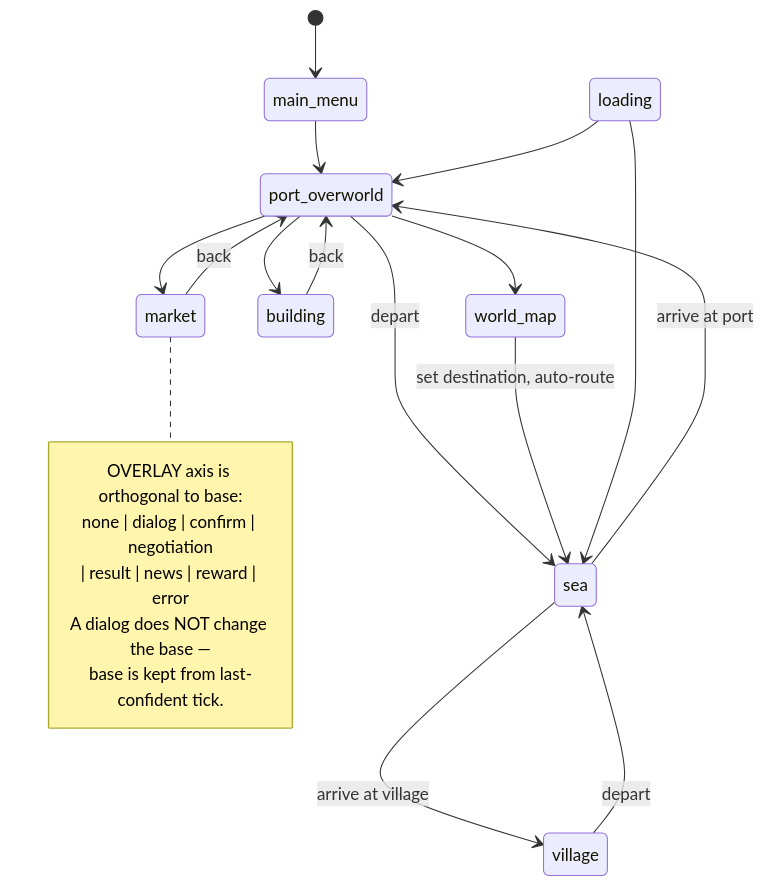
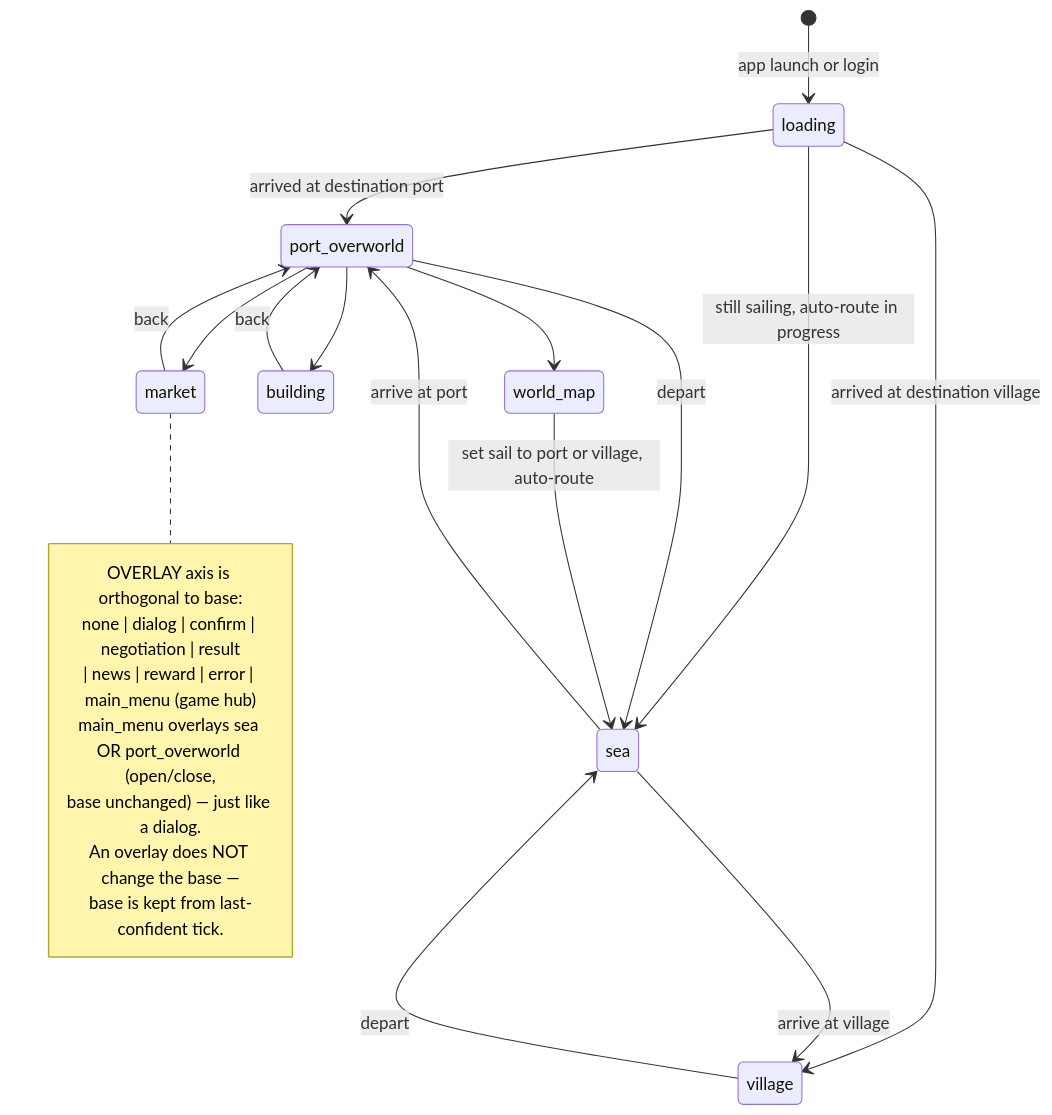
Before and after one commit to fortunatetumbleweed-commits/UWO-Bot: the fourth of 11 diagrams in docs/new_design_diagrams.md, drawn with Mermaid. The commit also changed 1 other file, not shown here.

Commit message:
docs: correct 2.1 base states — main_menu is an overlay; loading resolves 3 ways
Per game mechanics: (1) main_menu is a hub menu overlaid on sea OR port_overworld
(open/close, base unchanged) — moved from base state to the overlay axis;
(2) loading resolves to port_overworld | village | sea (set sail to a port/village
then logout; on load, either arrived at destination or still auto-route sailing).
Updated the 2.1 state diagram + the PerceivedState base/overlay enums in the
refactor plan for consistency.

````diff
--- a/docs/new_design_diagrams.md
+++ b/docs/new_design_diagrams.md
@@ -107,25 +107,27 @@
 ```mermaid
 stateDiagram-v2
-    [*] --> main_menu
-    main_menu --> port_overworld
+    [*] --> loading : app launch or login
+    loading --> port_overworld : arrived at destination port
+    loading --> village : arrived at destination village
+    loading --> sea : still sailing, auto-route in progress
     port_overworld --> market
     port_overworld --> building
     port_overworld --> world_map
     port_overworld --> sea : depart
-    world_map --> sea : set destination, auto-route
+    world_map --> sea : set sail to port or village, auto-route
     sea --> port_overworld : arrive at port
     sea --> village : arrive at village
     market --> port_overworld : back
     building --> port_overworld : back
     village --> sea : depart
-    loading --> port_overworld
-    loading --> sea
 
     note right of market
       OVERLAY axis is orthogonal to base:
-      none | dialog | confirm | negotiation
-      | result | news | reward | error
-      A dialog does NOT change the base —
+      none | dialog | confirm | negotiation | result
+      | news | reward | error | main_menu (game hub)
+      main_menu overlays sea OR port_overworld (open/close,
+      base unchanged) — just like a dialog.
+      An overlay does NOT change the base —
       base is kept from last-confident tick.
     end note
 ```
````
